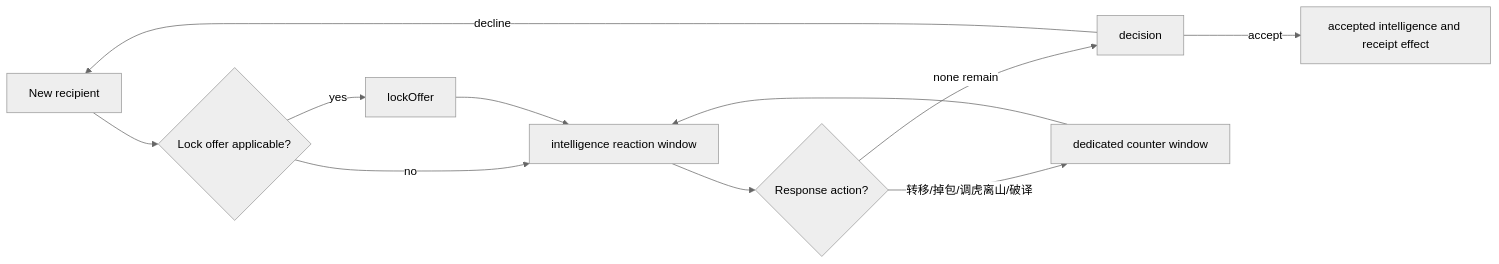
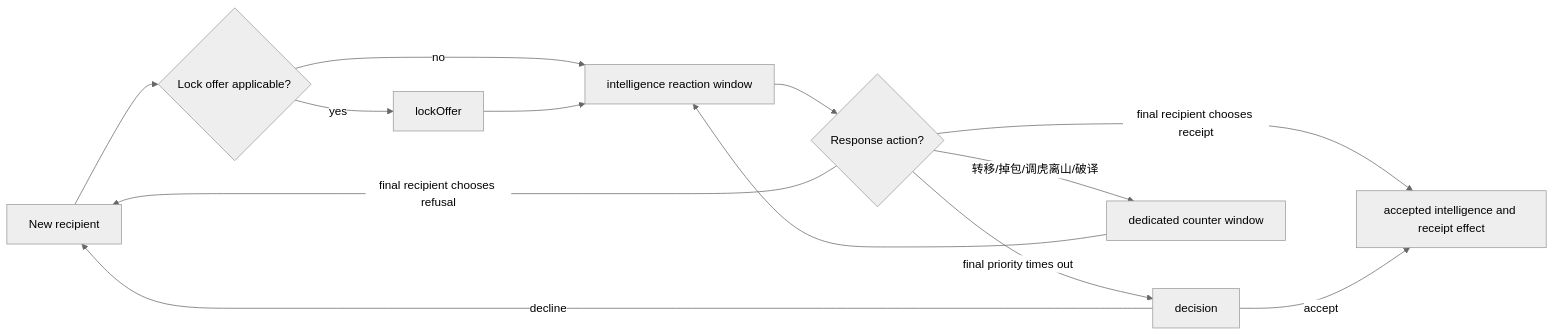
Before and after one commit to eddieyang-97/fengsheng: the second of 2 diagrams in docs/game-engine-architecture.md, drawn with Mermaid (neutral theme). The commit also changed other lines of this file and 2 other files, not shown here.

````diff
--- a/docs/game-engine-architecture.md
+++ b/docs/game-engine-architecture.md
@@ -178,13 +178,15 @@
 ```mermaid
 flowchart LR
     A["New recipient"] --> B{"Lock offer applicable?"}
     B -->|yes| C["lockOffer"]
     B -->|no| D["intelligence reaction window"]
     C --> D
     D --> E{"Response action?"}
-    E -->|none remain| F["decision"]
+    E -->|final recipient chooses receipt| H
+    E -->|final recipient chooses refusal| A
+    E -->|final priority times out| F["decision"]
     E -->|转移/掉包/调虎离山/破译| G["dedicated counter window"]
     G --> D
     F -->|accept| H["accepted intelligence and receipt effect"]
     F -->|decline| A
 ```
````
